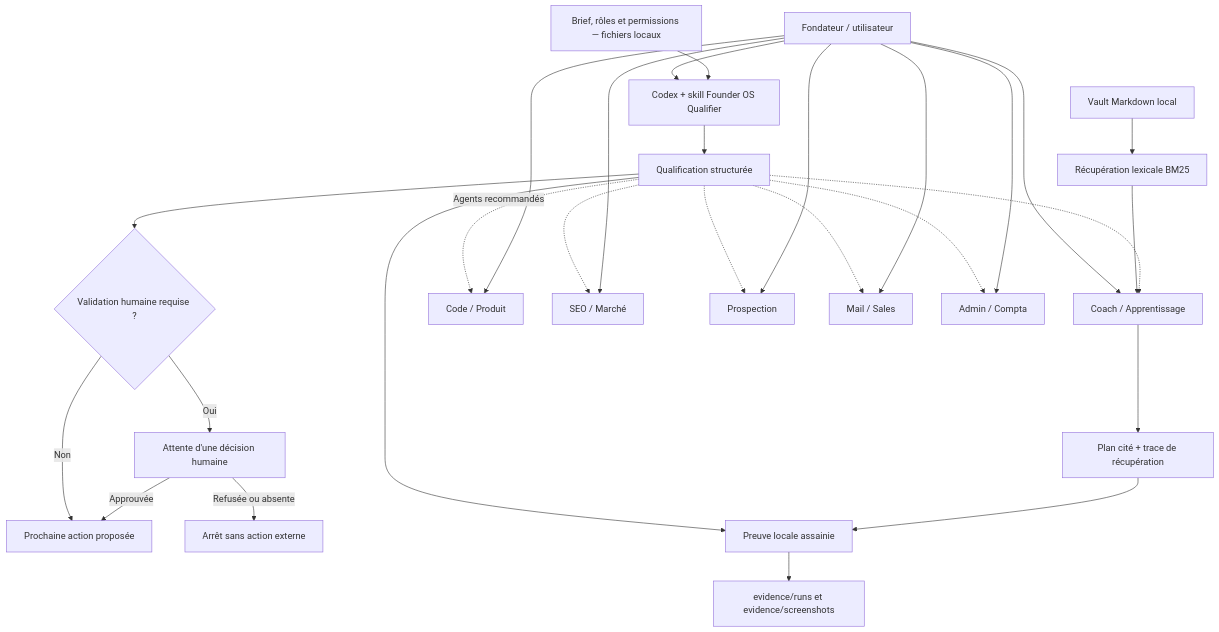
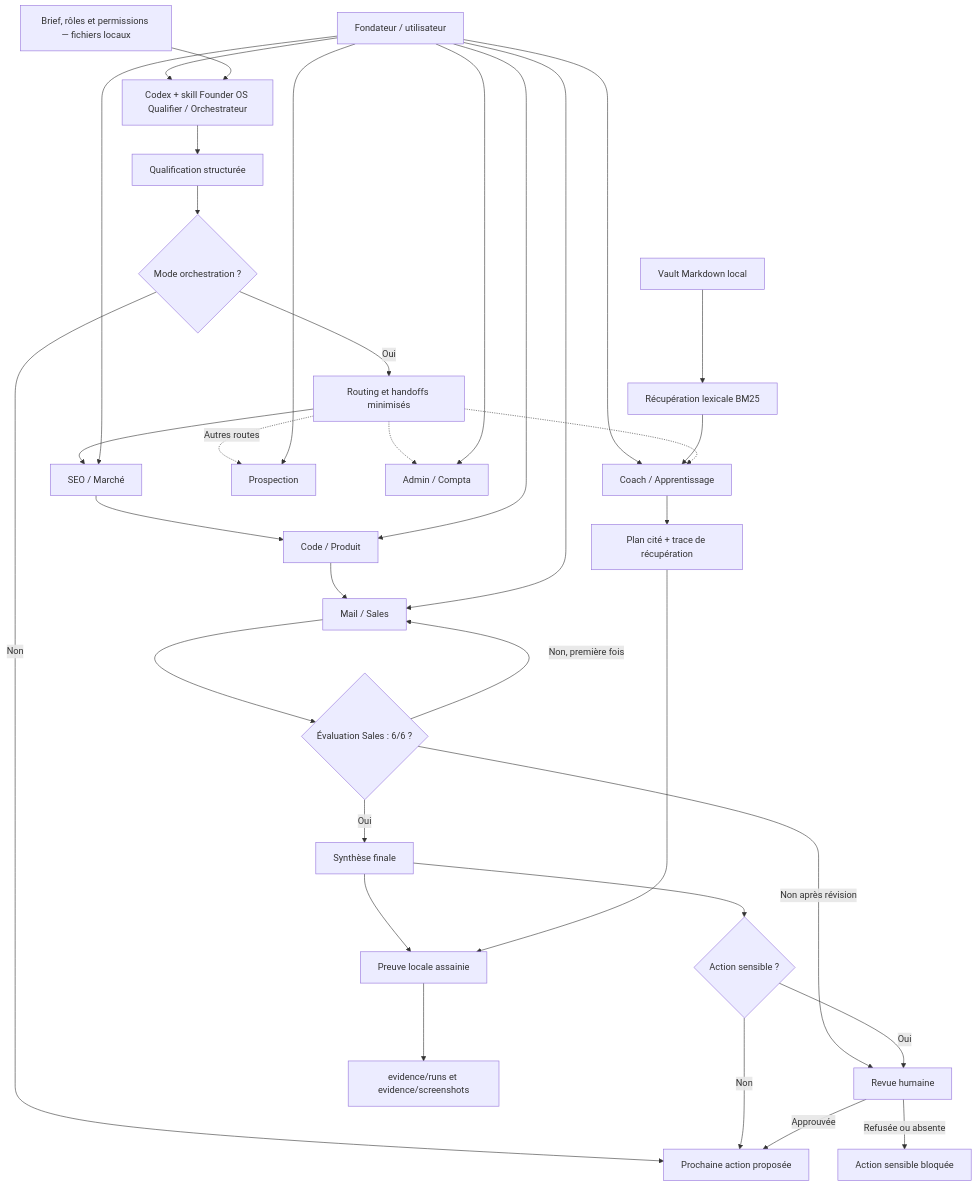
Before and after one commit to crousty24-bit/THP: the diagram in ModulesAgentBuilder/founder-os-agent-builder/docs/architecture.md, drawn with Mermaid. The commit also changed other lines of this file and 9 other files, not shown here.

Commit message:
feat(founder-os): add multi-agent orchestration v1

````diff
--- a/ModulesAgentBuilder/founder-os-agent-builder/docs/architecture.md
+++ b/ModulesAgentBuilder/founder-os-agent-builder/docs/architecture.md
@@ -5,30 +5,37 @@
 ```mermaid
 flowchart TD
-    U["Fondateur / utilisateur"] --> C["Codex + skill Founder OS Qualifier"]
+    U["Fondateur / utilisateur"] --> C["Codex + skill Founder OS Qualifier / Orchestrateur"]
     B["Brief, rôles et permissions — fichiers locaux"] --> C
     C --> Q["Qualification structurée"]
-    Q --> G{"Validation humaine requise ?"}
-    G -- "Non" --> N["Prochaine action proposée"]
-    G -- "Oui" --> H["Attente d'une décision humaine"]
+    Q --> M{"Mode orchestration ?"}
+    M -- "Non" --> N["Prochaine action proposée"]
+    M -- "Oui" --> RT["Routing et handoffs minimisés"]
+    RT --> SEO["SEO / Marché"]
+    SEO --> CP["Code / Produit"]
+    CP --> S["Mail / Sales"]
+    S --> EV{"Évaluation Sales : 6/6 ?"}
+    EV -- "Non, première fois" --> S
+    EV -- "Non après révision" --> H["Revue humaine"]
+    EV -- "Oui" --> SY["Synthèse finale"]
+    SY --> G{"Action sensible ?"}
+    G -- "Non" --> N
+    G -- "Oui" --> H
     H -- "Approuvée" --> N
-    H -- "Refusée ou absente" --> X["Arrêt sans action externe"]
-    Q --> E["Preuve locale assainie"]
+    H -- "Refusée ou absente" --> X["Action sensible bloquée"]
+    SY --> E["Preuve locale assainie"]
     E --> R["evidence/runs et evidence/screenshots"]
     U --> L["Coach / Apprentissage"]
     V["Vault Markdown local"] --> RAG["Récupération lexicale BM25"]
     RAG --> L
     L --> LE["Plan cité + trace de récupération"]
     LE --> E
 
-    Q -. "Agents recommandés" .-> CP["Code / Produit"]
-    Q -.-> SEO["SEO / Marché"]
-    Q -.-> P["Prospection"]
-    Q -.-> S["Mail / Sales"]
-    Q -.-> A["Admin / Compta"]
-    Q -.-> L
+    RT -. "Autres routes" .-> P["Prospection"]
+    RT -.-> A["Admin / Compta"]
+    RT -.-> L
     U --> CP
     U --> SEO
     U --> P
     U --> S
     U --> A
 ```
````
